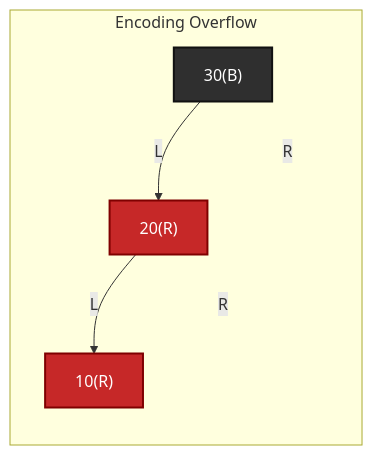
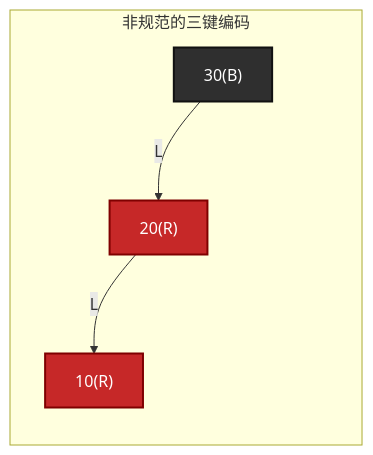
Diagram 25 of 31 in knowledge/linux/data_structures/红黑树_rb-tree/P07_红黑树_把_2-3-4_树映射成二叉表示.md (FormingSystem/linux_note), drawn with Mermaid before and after one commit. The commit also changed other lines of this file and 3 other files, not shown here.

````diff
--- a/knowledge/linux/data_structures/红黑树_rb-tree/P07_红黑树_把_2-3-4_树映射成二叉表示.md
+++ b/knowledge/linux/data_structures/红黑树_rb-tree/P07_红黑树_把_2-3-4_树映射成二叉表示.md
@@ -1925,27 +1933,27 @@
 ```mermaid
 graph LR
-	subgraph "Encoding Overflow"
+	subgraph "非规范的三键编码"
 		G["30(B)"]
 		P["20(R)"]
 		RG[" "]
 		X["10(R)"]
 		PG[" "]
 	end
 
 	G -->|"L"| P
-	G -->|"R"| RG
+	G --> RG
 
 	P -->|"L"| X
-	P -->|"R"| PG
+	P --> PG
 
 	classDef black fill:#2f2f2f,stroke:#111,color:#fff,stroke-width:2px;
 	classDef red fill:#c62828,stroke:#7f0000,color:#fff,stroke-width:2px;
 	classDef ghost fill:transparent,stroke:transparent,color:transparent;
 
 	class G black;
 	class P,X red;
 	class RG,PG ghost;
 
 	linkStyle 1 stroke:transparent;
 	linkStyle 3 stroke:transparent;
 ```
````
